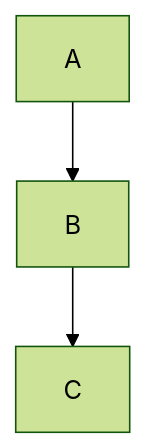
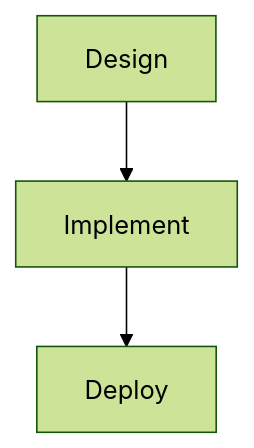
One commit to rkang427/portfolio changed the first of 2 diagrams in README.md. Above: the diagram before and after it, drawn with Mermaid (forest theme). The commit also changed other lines of this file, not shown here.

Commit message:
feat(readme): created small component diagram for e-mail api

````diff
--- a/README.md
+++ b/README.md
@@ -10,5 +10,5 @@
 ```mermaid
 graph TD
-  A --> B
-  B --> C
-  ``` 
+  Design --> Implement
+  Implement --> Deploy
+  ```
````
